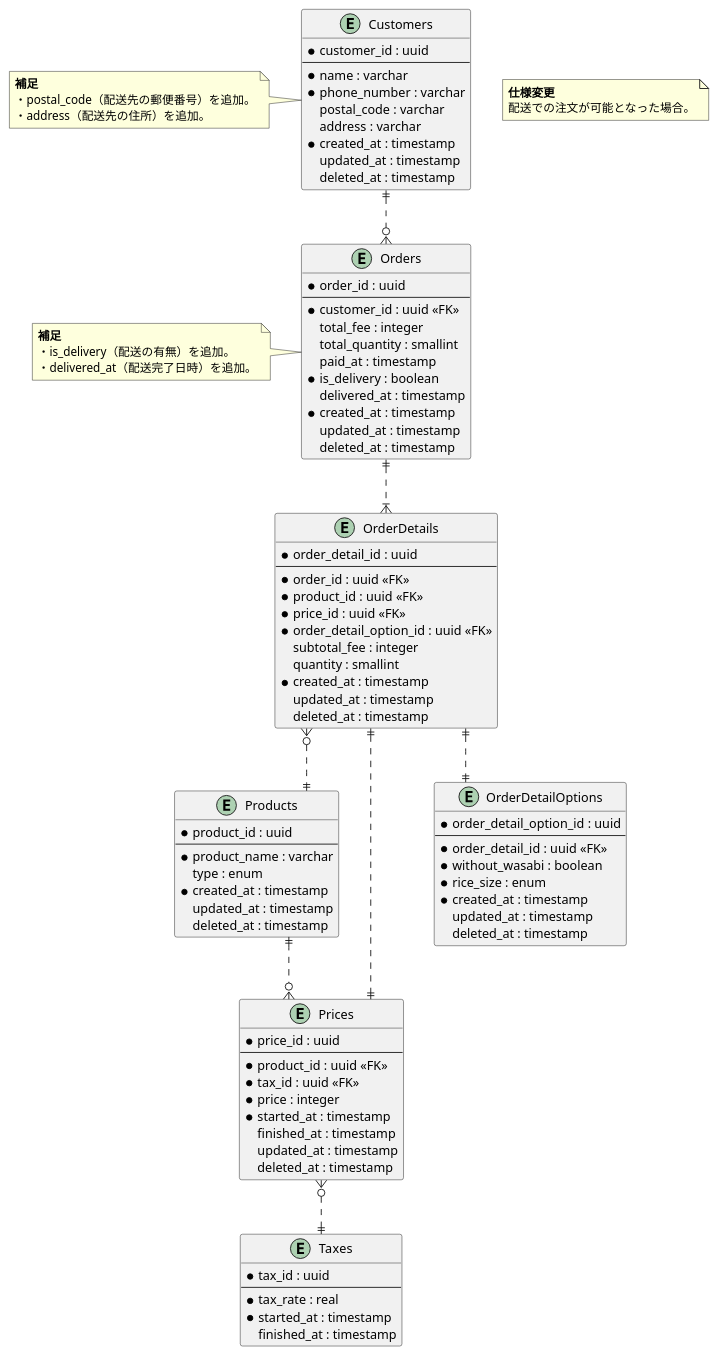
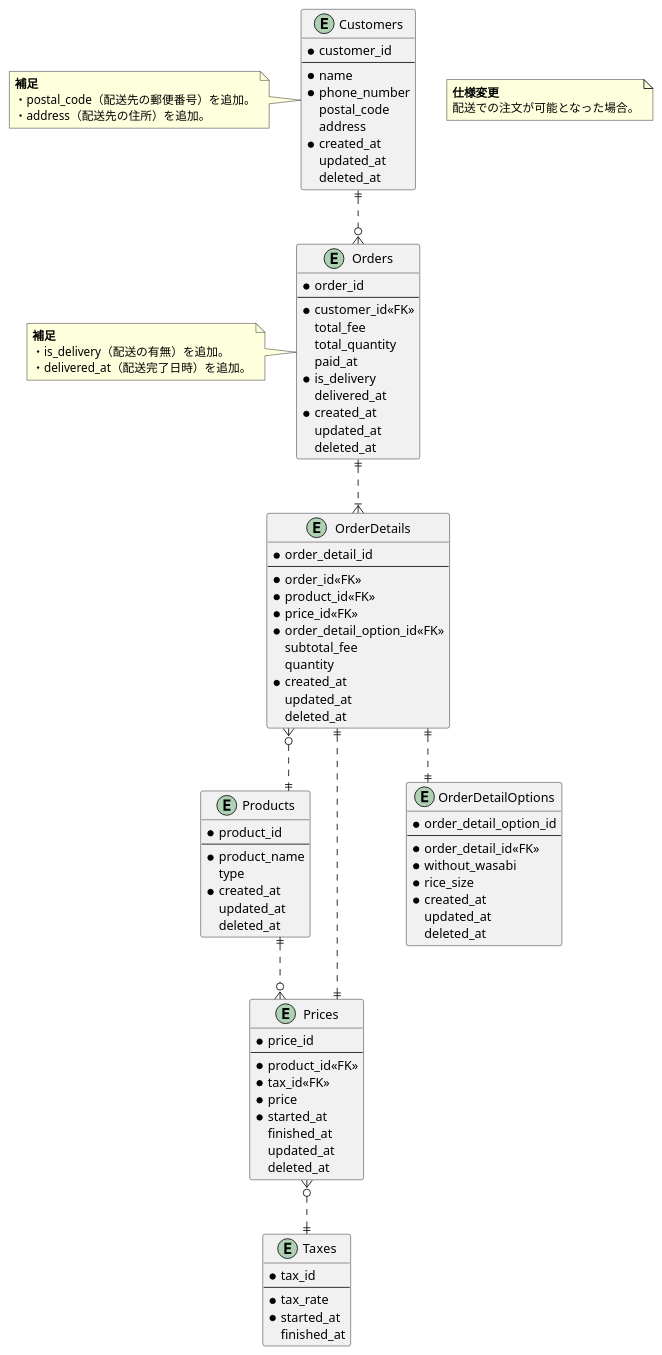
Before and after one commit to moritanuki/praha_challenge: the diagram in 01_データベース設計/01_DBモデリング1/03_課題3/sushi_ordering_schema_03.puml, drawn with PlantUML. The commit also changed 2 other files, not shown here.

```diff
--- a/01_データベース設計/01_DBモデリング1/03_課題3/sushi_ordering_schema_03.puml
+++ b/01_データベース設計/01_DBモデリング1/03_課題3/sushi_ordering_schema_03.puml
@@ -1,119 +1,119 @@
 @startuml sushi_ordering_schema_03
 
 skinparam {
   ' カーディナリティ斜め対策
    linetype ortho
 }
 
 ' 顧客マスタ
 entity "Customers" as Customers {
-  * customer_id : uuid
+  * customer_id
   --
-  * name : varchar
-  * phone_number : varchar
-    postal_code : varchar
-    address : varchar
-  * created_at : timestamp
-    updated_at : timestamp
-    deleted_at : timestamp
+  * name
+  * phone_number
+    postal_code
+    address
+  * created_at
+    updated_at
+    deleted_at
 }
 
 note left of Customers
   <b>補足</b>
   ・postal_code（配送先の郵便番号）を追加。
   ・address（配送先の住所）を追加。
 end note
 
 ' 商品マスタ
 entity "Products" as Products {
-  * product_id : uuid
+  * product_id
   --
-  * product_name : varchar
-    type : enum
-  * created_at : timestamp
-    updated_at : timestamp
-    deleted_at : timestamp
+  * product_name
+    type
+  * created_at
+    updated_at
+    deleted_at
 }
 
 ' 商品金額テーブル
 entity "Prices" as Prices {
-  * price_id : uuid
+  * price_id
   --
-  * product_id : uuid <<FK>>
-  * tax_id : uuid <<FK>>
-  * price : integer
-  * started_at : timestamp
-    finished_at : timestamp
-    updated_at : timestamp
-    deleted_at : timestamp
+  * product_id<<FK>>
+  * tax_id<<FK>>
+  * price
+  * started_at
+    finished_at
+    updated_at
+    deleted_at
 }
 
 ' 消費税マスタ
 entity "Taxes" as Taxes {
-  * tax_id : uuid
+  * tax_id
   --
-  * tax_rate : real
-  * started_at : timestamp
-    finished_at : timestamp
+  * tax_rate
+  * started_at
+    finished_at
 }
 
 ' 注文テーブル
 entity "Orders" as Orders {
-  * order_id : uuid
+  * order_id
   --
-  * customer_id : uuid <<FK>>
-    total_fee : integer
-    total_quantity : smallint
-    paid_at : timestamp
-  * is_delivery : boolean
-    delivered_at : timestamp
-  * created_at : timestamp
-    updated_at : timestamp
-    deleted_at : timestamp
+  * customer_id<<FK>>
+    total_fee
+    total_quantity
+    paid_at
+  * is_delivery
+    delivered_at
+  * created_at
+    updated_at
+    deleted_at
 }
 
 note left of Orders
   <b>補足</b>
   ・is_delivery（配送の有無）を追加。
   ・delivered_at（配送完了日時）を追加。
 end note
 
 entity "OrderDetails" as OrderDetails {
-  * order_detail_id : uuid
+  * order_detail_id
   --
-  * order_id : uuid <<FK>>
-  * product_id : uuid <<FK>>
-  * price_id : uuid <<FK>>
-  * order_detail_option_id : uuid <<FK>>
-    subtotal_fee : integer
-    quantity : smallint
-  * created_at : timestamp
-    updated_at : timestamp
-    deleted_at : timestamp
+  * order_id<<FK>>
+  * product_id<<FK>>
+  * price_id<<FK>>
+  * order_detail_option_id<<FK>>
+    subtotal_fee
+    quantity
+  * created_at
+    updated_at
+    deleted_at
 }
 
 entity "OrderDetailOptions" as OrderDetailOptions {
-  * order_detail_option_id : uuid
+  * order_detail_option_id
   --
-  * order_detail_id : uuid <<FK>>
-  * without_wasabi : boolean
-  * rice_size : enum
-  * created_at : timestamp
-    updated_at : timestamp
-    deleted_at : timestamp
+  * order_detail_id<<FK>>
+  * without_wasabi
+  * rice_size
+  * created_at
+    updated_at
+    deleted_at
 }
 
 Customers ||..o{ Orders
 Orders ||..|{ OrderDetails
 OrderDetails ||..|| OrderDetailOptions
 OrderDetails }o..|| Products
 OrderDetails ||..|| Prices
 Products ||..o{ Prices
 Prices }o..|| Taxes
 
 note as note1
   <b>仕様変更</b>
   配送での注文が可能となった場合。
 end note
 
 @enduml
```
